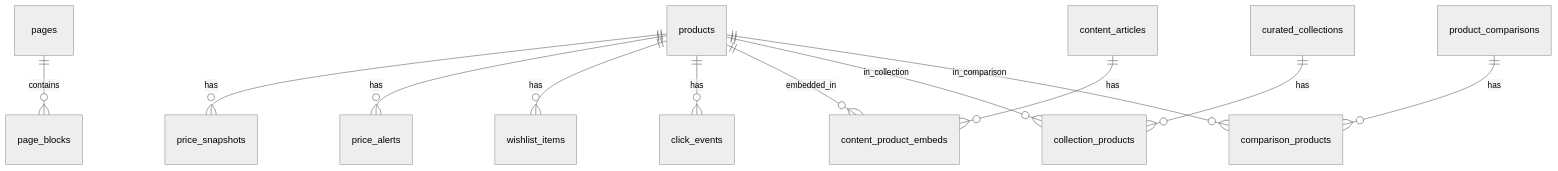
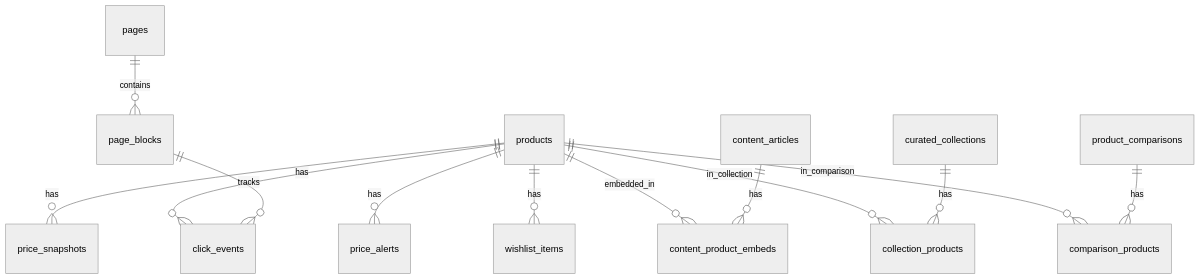
Before and after one commit to valerio-figueira/ecommerce-amazon: the diagram in docs/database-schema.md, drawn with Mermaid (neutral theme). The commit also changed other lines of this file and 43 other files, not shown here.

````diff
--- a/docs/database-schema.md
+++ b/docs/database-schema.md
@@ -15,14 +15,15 @@
 ```mermaid
 erDiagram
   pages ||--o{ page_blocks : contains
+  page_blocks ||--o{ click_events : tracks
   products ||--o{ price_snapshots : has
   products ||--o{ price_alerts : has
   products ||--o{ wishlist_items : has
   products ||--o{ click_events : has
   content_articles ||--o{ content_product_embeds : has
   curated_collections ||--o{ collection_products : has
   product_comparisons ||--o{ comparison_products : has
   products ||--o{ content_product_embeds : embedded_in
   products ||--o{ collection_products : in_collection
   products ||--o{ comparison_products : in_comparison
 ```
````
